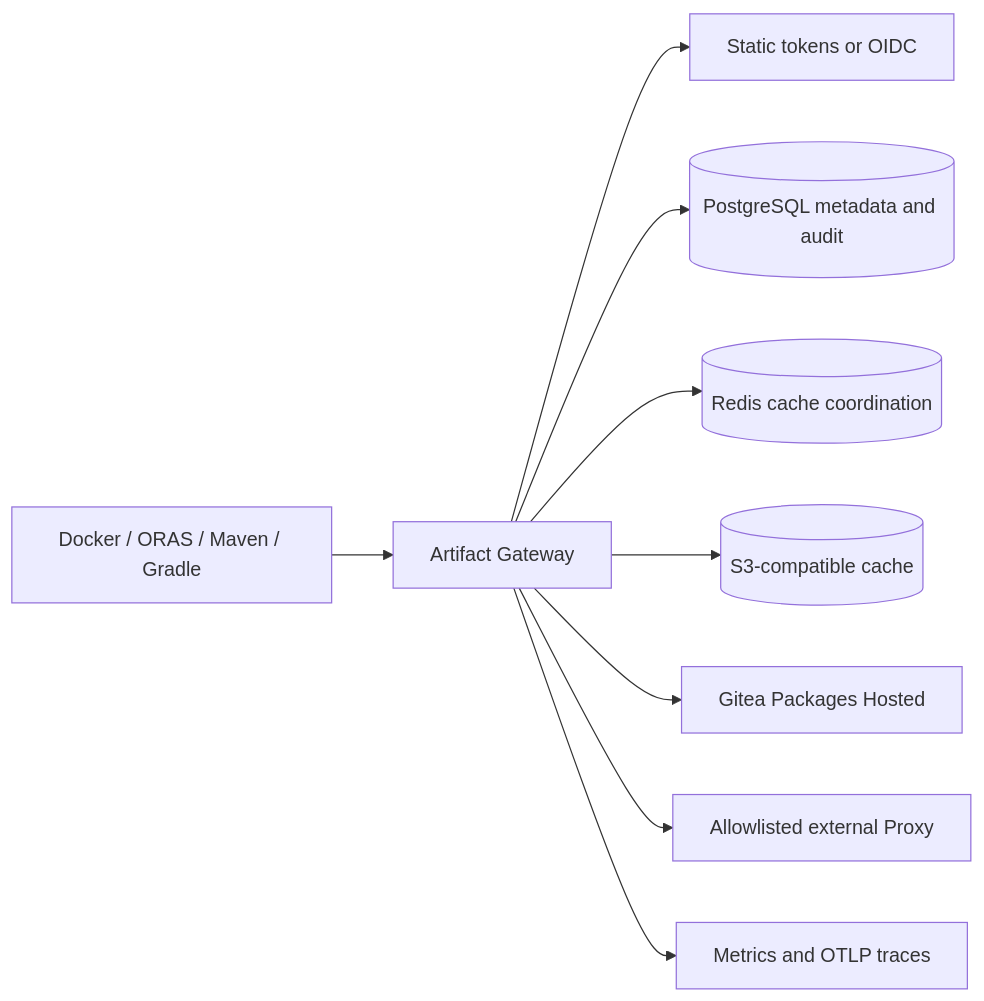
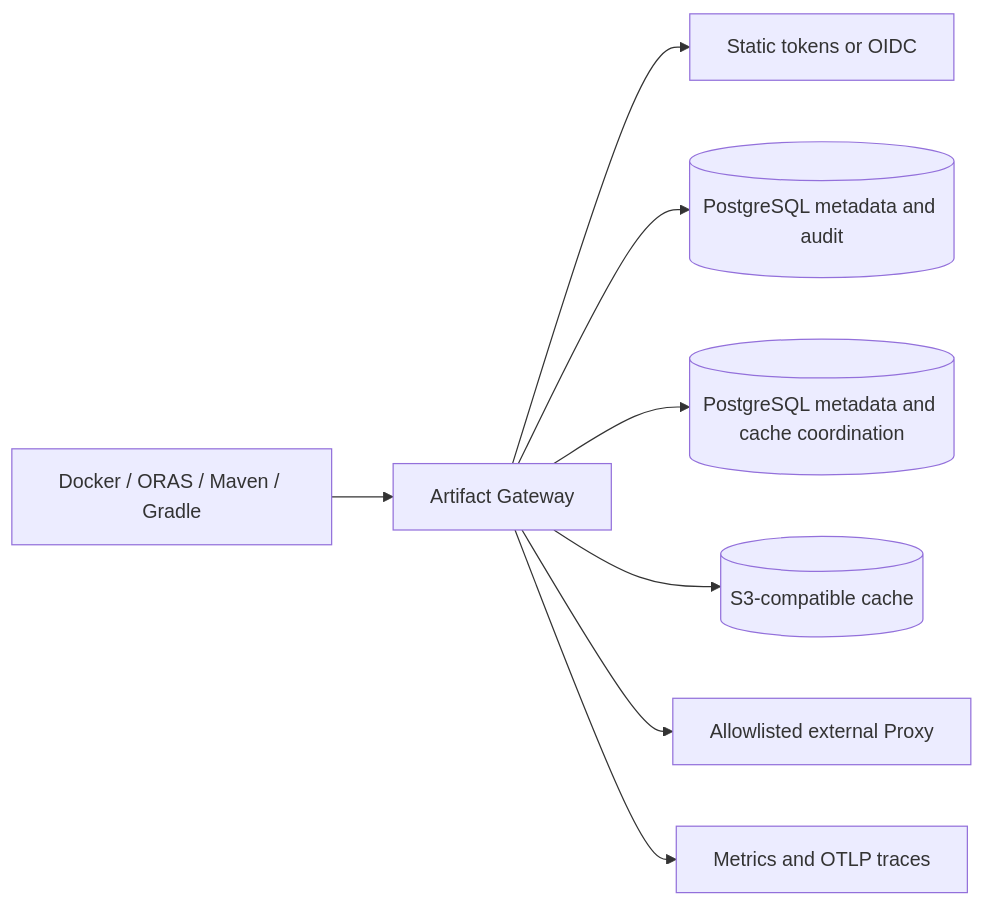
Before and after one commit to ccsert/artifact-gateway: the diagram in docs/release-readiness.md, drawn with Mermaid. The commit also changed other lines of this file and 63 other files, not shown here.

````diff
--- a/docs/release-readiness.md
+++ b/docs/release-readiness.md
@@ -84,11 +74,10 @@
 ```mermaid
 flowchart LR
   clients[Docker / ORAS / Maven / Gradle] --> gateway[Artifact Gateway]
   gateway --> auth[Static tokens or OIDC]
   gateway --> db[(PostgreSQL metadata and audit)]
-  gateway --> redis[(Redis cache coordination)]
+	  gateway --> postgres[(PostgreSQL metadata and cache coordination)]
   gateway --> cache[(S3-compatible cache)]
-  gateway --> gitea[Gitea Packages Hosted]
   gateway --> proxy[Allowlisted external Proxy]
   gateway --> telemetry[Metrics and OTLP traces]
 ```
````
